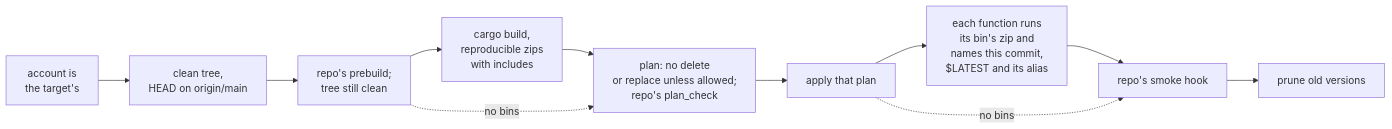
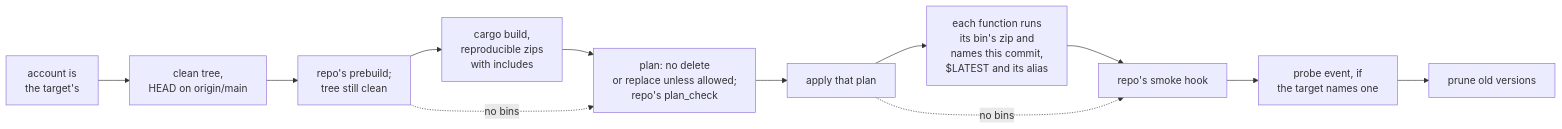
Before and after one commit to stackwell-labs/shared-terraform: the third of 3 diagrams in README.md, drawn with Mermaid. The commit also changed other lines of this file and 3 other files, not shown here.

First line of the commit message:
deploy-lambda: put the probes-deploys event for a target that names its probe (shared-terraform#21)

````diff
--- a/README.md
+++ b/README.md
@@ -328,13 +328,14 @@
 ```mermaid
 flowchart LR
   A[account is<br>the target's] --> B[clean tree,<br>HEAD on origin/main]
   B --> P[repo's prebuild;<br>tree still clean]
   P --> C[cargo build,<br>reproducible zips<br>with includes]
   C --> D[plan: no delete<br>or replace unless allowed;<br>repo's plan_check]
   D --> E[apply that plan]
   E --> F[each function runs<br>its bin's zip and<br>names this commit,<br>$LATEST and its alias]
   F --> G[repo's smoke hook]
-  G --> H[prune old versions]
+  G --> Q[probe event, if<br>the target names one]
+  Q --> H[prune old versions]
   P -. no bins .-> D
   E -. no bins .-> G
 ```
````
